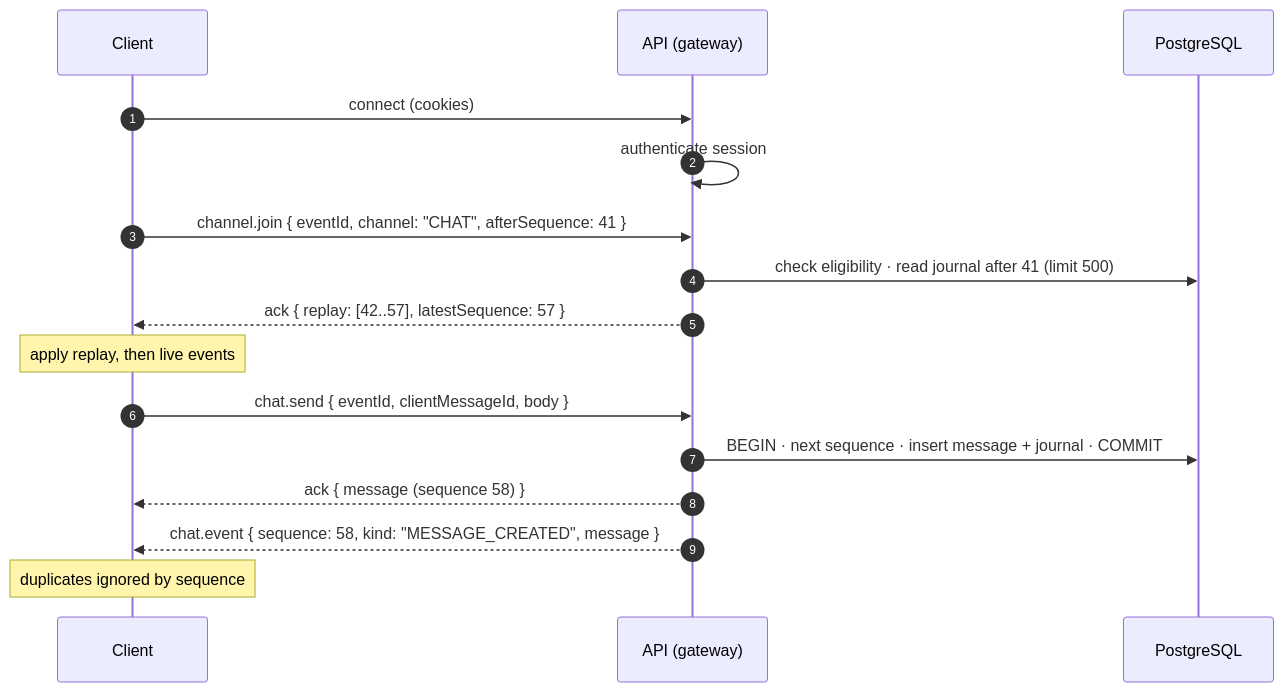
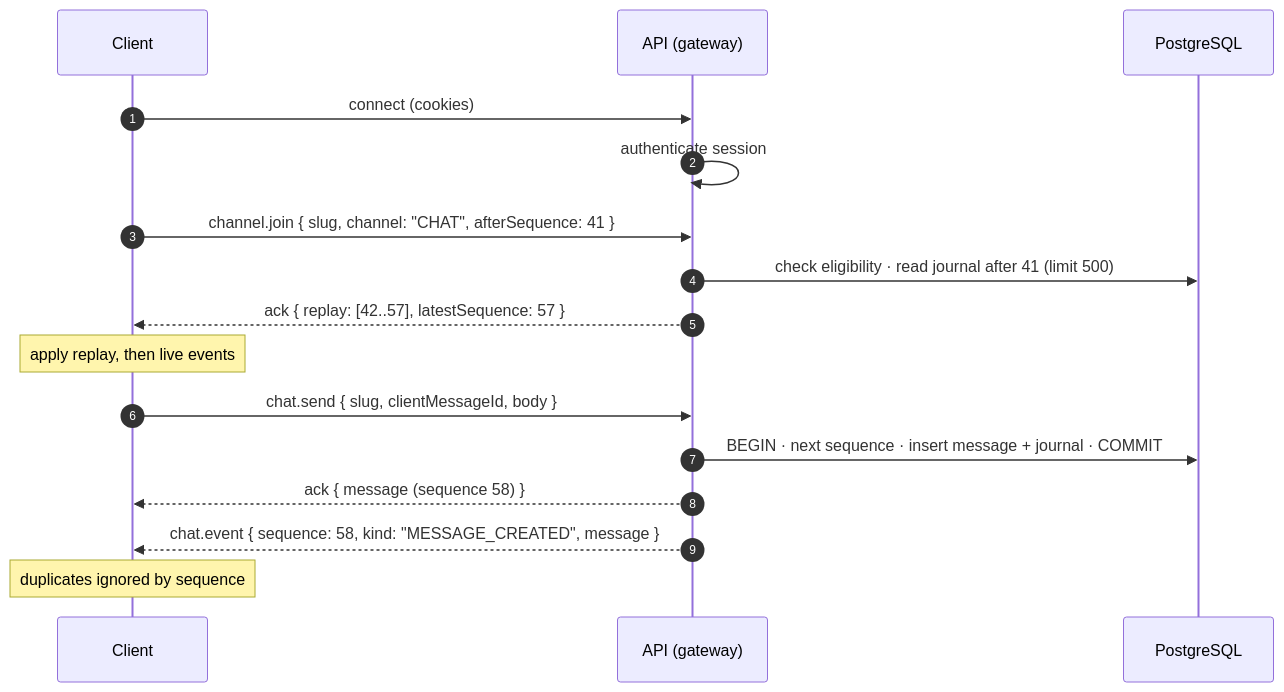
One commit to zhanru-dev/GoLiveBoard changed the diagram in docs/04-api-and-contracts.md. Above: the diagram before and after it, drawn with Mermaid. The commit also changed other lines of this file and 3 other files, not shown here.

````diff
--- a/docs/04-api-and-contracts.md
+++ b/docs/04-api-and-contracts.md
@@ -186,18 +189,18 @@
 ```mermaid
 sequenceDiagram
   autonumber
   participant C as Client
   participant S as API (gateway)
   participant D as PostgreSQL
   C->>S: connect (cookies)
   S->>S: authenticate session
-  C->>S: channel.join { eventId, channel: "CHAT", afterSequence: 41 }
+  C->>S: channel.join { slug, channel: "CHAT", afterSequence: 41 }
   S->>D: check eligibility · read journal after 41 (limit 500)
   S-->>C: ack { replay: [42..57], latestSequence: 57 }
   Note over C: apply replay, then live events
-  C->>S: chat.send { eventId, clientMessageId, body }
+  C->>S: chat.send { slug, clientMessageId, body }
   S->>D: BEGIN · next sequence · insert message + journal · COMMIT
   S-->>C: ack { message (sequence 58) }
   S-->>C: chat.event { sequence: 58, kind: "MESSAGE_CREATED", message }
   Note over C: duplicates ignored by sequence
 ```
````
